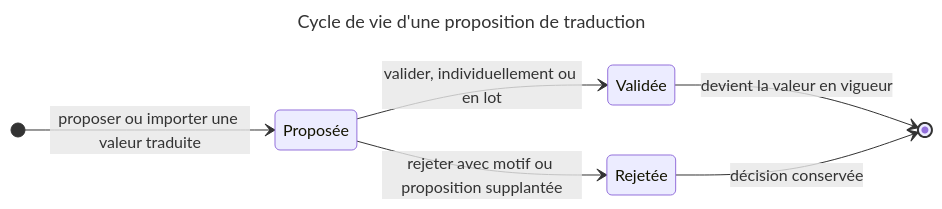
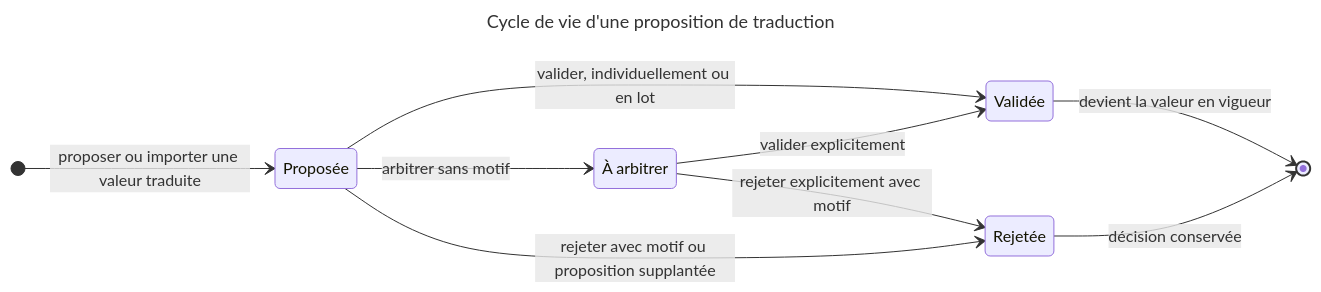
The second of 7 diagrams in specifications-fonctionnelles-referentiel-traductions-arge-abi.md (fxizel/myabi-translate), drawn with Mermaid before and after one commit. The commit also changed other lines of this file and 50 other files, not shown here.

````diff
--- a/specifications-fonctionnelles-referentiel-traductions-arge-abi.md
+++ b/specifications-fonctionnelles-referentiel-traductions-arge-abi.md
@@ -229,18 +229,22 @@
 ```mermaid
 ---
 title: Cycle de vie d'une proposition de traduction
 ---
 stateDiagram-v2
     accTitle: Cycle de vie d'une proposition de traduction
-    accDescr: Une proposition naît au statut Proposée par envoi explicite du Traducteur ou par import. Elle est validée ou rejetée. La correction d'un rejet crée une nouvelle proposition. La validation initiale en masse suit les mêmes statuts.
+    accDescr: Une proposition peut être validée ou rejetée directement ou après un arbitrage. Depuis le catalogue, Arbitrer peut créer une proposition et l’arbitrer dans la même opération.
     direction LR
     state "Proposée" as proposee
+    state "À arbitrer" as arbitrage
     state "Validée" as validee
     state "Rejetée" as rejetee
 
     [*] --> proposee : proposer ou importer une valeur traduite
+    proposee --> arbitrage : arbitrer sans motif
     proposee --> validee : valider, individuellement ou en lot
+    arbitrage --> validee : valider explicitement
+    arbitrage --> rejetee : rejeter explicitement avec motif
     proposee --> rejetee : rejeter avec motif ou proposition supplantée
     validee --> [*] : devient la valeur en vigueur
     rejetee --> [*] : décision conservée
 ```
````
